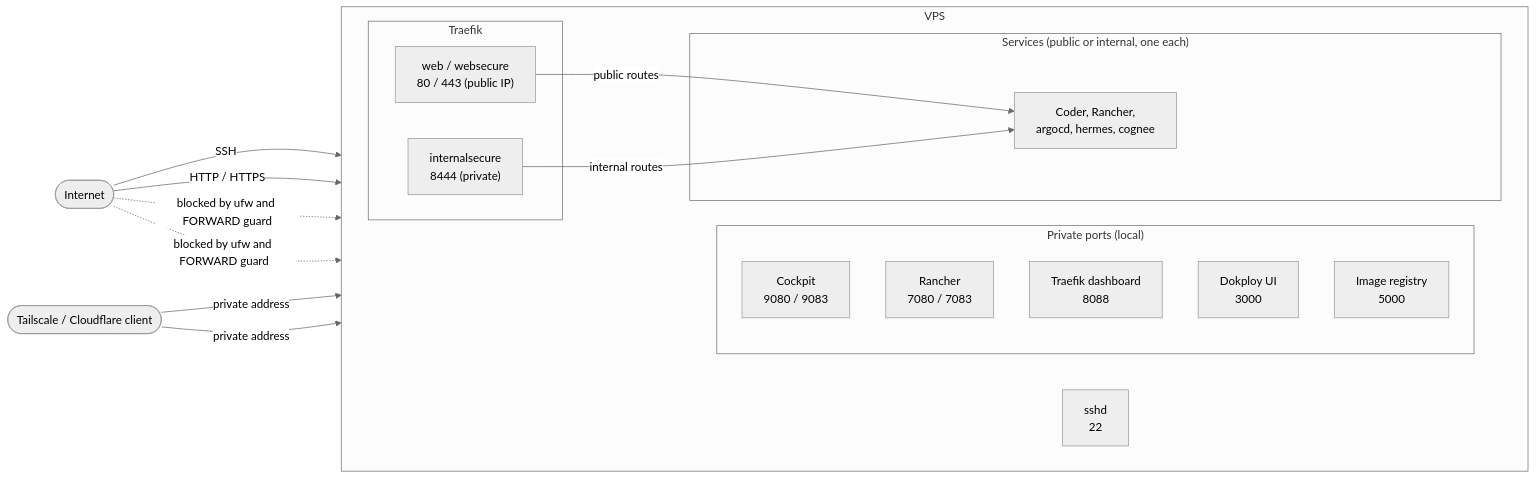
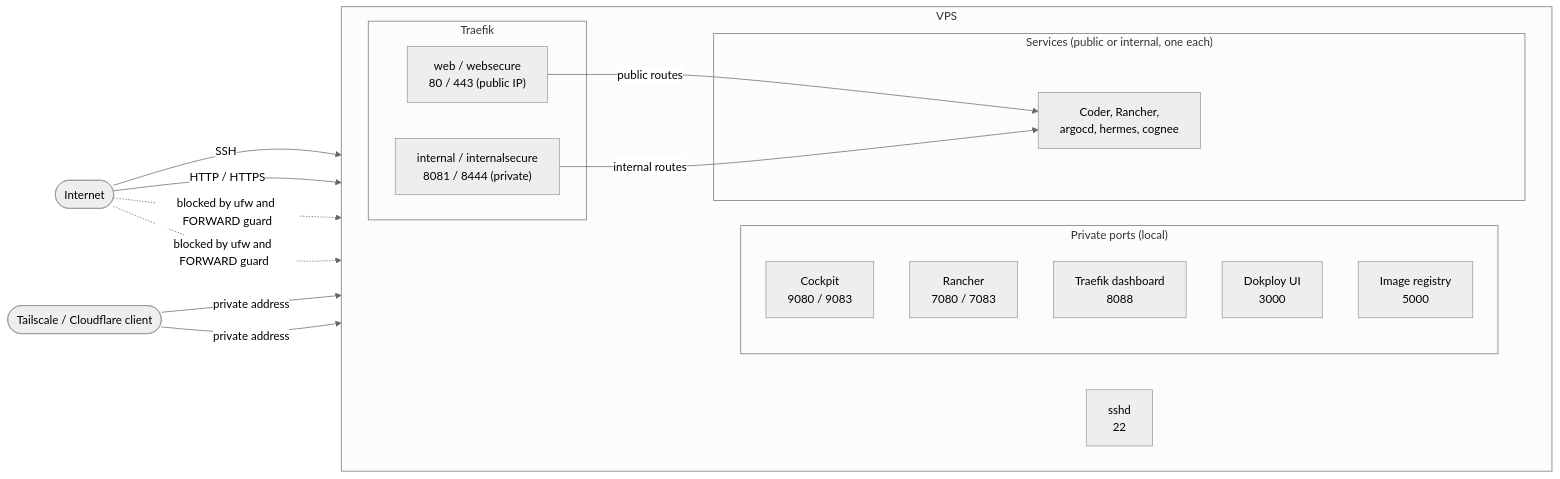
The diagram in README.md (perspikapps/vps), drawn with Mermaid (neutral theme) before and after one commit. The commit also changed other lines of this file and 21 other files, not shown here.

First line of the commit message:
feat(vps-k3s): add the internal HTTP entrypoint beside internalsecure

````diff
--- a/README.md
+++ b/README.md
@@ -130,31 +130,31 @@
 ```mermaid
 flowchart LR
     net([Internet])
     vpn([Tailscale / Cloudflare client])
     subgraph vps[VPS]
         direction LR
         ssh["sshd<br/>22"]
         subgraph traefik[Traefik]
             pub["web / websecure<br/>80 / 443 (public IP)"]
-            int["internalsecure<br/>8444 (private)"]
+            int["internal / internalsecure<br/>8081 / 8444 (private)"]
         end
         subgraph priv["Private ports (local)"]
             cockpit["Cockpit<br/>9080 / 9083"]
             rancherp["Rancher<br/>7080 / 7083"]
             dash["Traefik dashboard<br/>8088"]
             dokploy["Dokploy UI<br/>3000"]
             registry["Image registry<br/>5000"]
         end
         subgraph svc["Services (public or internal, one each)"]
             apps["Coder, Rancher,<br/>argocd, hermes, cognee"]
         end
     end
     net -->|"SSH"| ssh
     net -->|"HTTP / HTTPS"| pub
     pub -->|"public routes"| apps
     vpn -->|"private address"| int
     int -->|"internal routes"| apps
     vpn -->|"private address"| priv
     net -. "blocked by ufw and FORWARD guard" .-> int
     net -. "blocked by ufw and FORWARD guard" .-> priv
 ```
````
